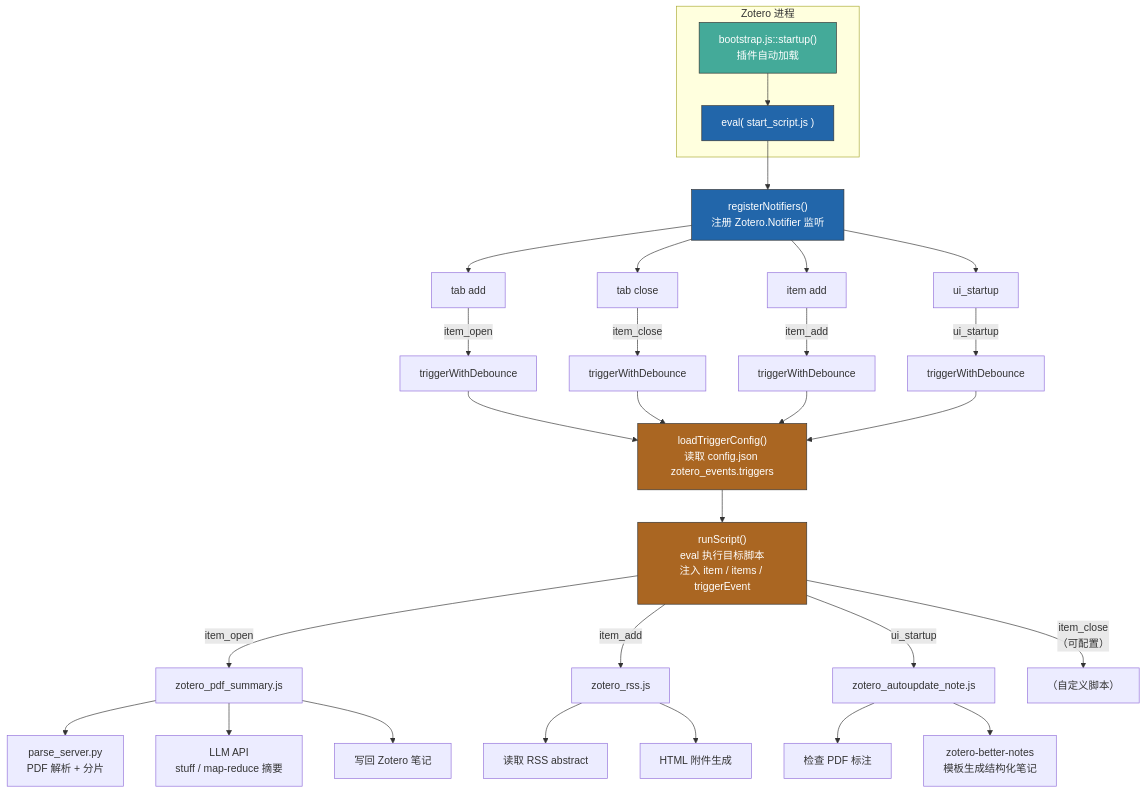
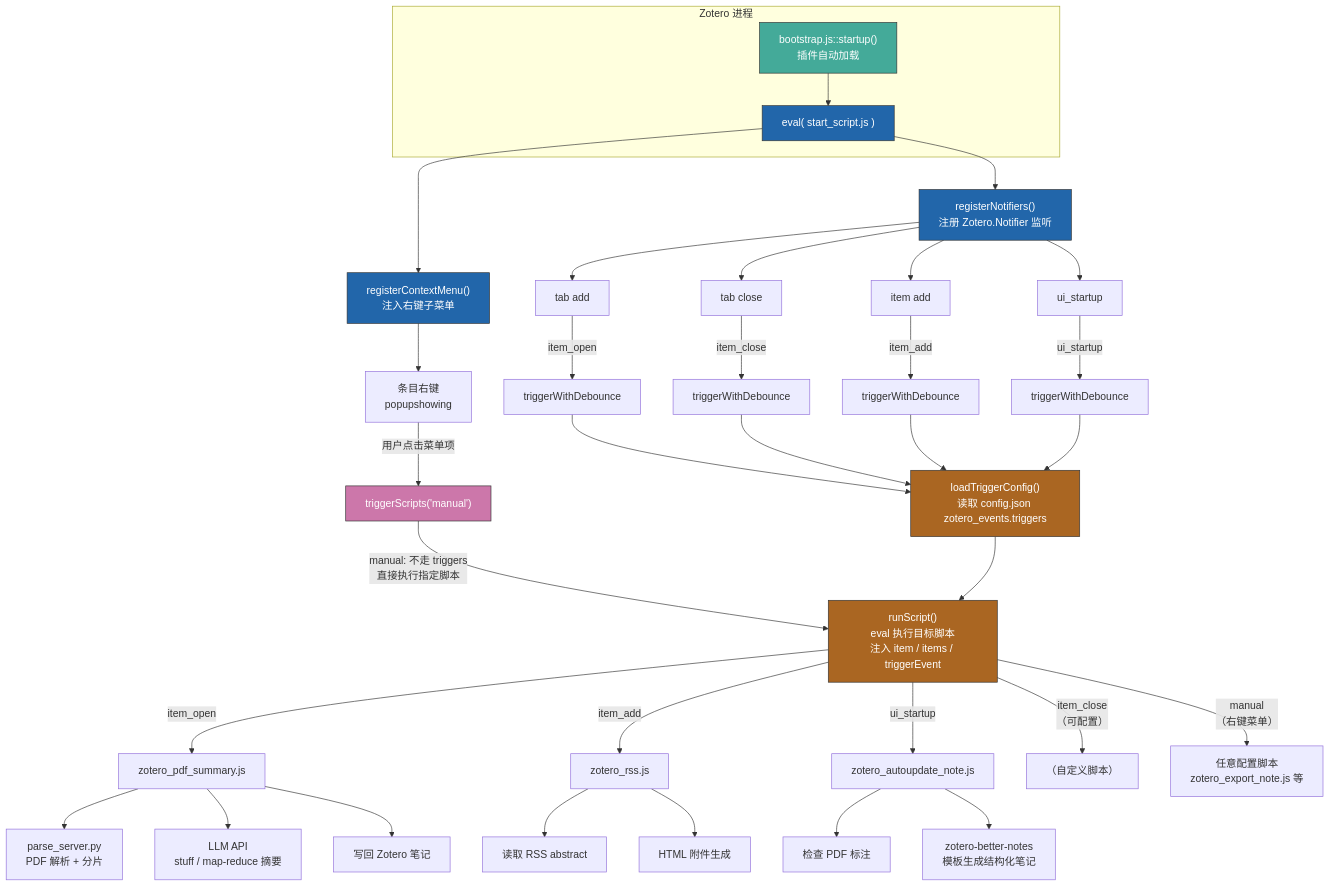
The diagram in docs/event-routing.mmd (hxsnow10/zotero-ai-flow), drawn with Mermaid before and after one commit. The commit also changed 4 other files, not shown here.

```diff
--- a/docs/event-routing.mmd
+++ b/docs/event-routing.mmd
@@ -1,44 +1,53 @@
 flowchart TD
     subgraph Z["Zotero 进程"]
         A["bootstrap.js::startup()<br/>插件自动加载"] --> B["eval( start_script.js )"]
     end
 
     B --> C["registerNotifiers()<br/>注册 Zotero.Notifier 监听"]
+    B --> C2["registerContextMenu()<br/>注入右键子菜单"]
 
     C --> T1["tab add"]
     C --> T2["tab close"]
     C --> T3["item add"]
     C --> T4["ui_startup"]
 
     T1 -->|"item_open"| D1["triggerWithDebounce"]
     T2 -->|"item_close"| D2["triggerWithDebounce"]
     T3 -->|"item_add"| D3["triggerWithDebounce"]
     T4 -->|"ui_startup"| D4["triggerWithDebounce"]
 
+    C2 --> T5["条目右键<br/>popupshowing"]
+    T5 -->|"用户点击菜单项"| D5["triggerScripts('manual')"]
+
     D1 --> E["loadTriggerConfig()<br/>读取 config.json zotero_events.triggers"]
     D2 --> E
     D3 --> E
     D4 --> E
+
+    D5 -->|"manual: 不走 triggers<br/>直接执行指定脚本"| F
 
     E --> F["runScript()<br/>eval 执行目标脚本<br/>注入 item / items / triggerEvent"]
 
     F -->|"item_open"| S1["zotero_pdf_summary.js"]
     F -->|"item_add"| S2["zotero_rss.js"]
     F -->|"ui_startup"| S3["zotero_autoupdate_note.js"]
     F -->|"item_close<br/>（可配置）"| S4["（自定义脚本）"]
+    F -->|"manual<br/>（右键菜单）"| S5["任意配置脚本<br/>zotero_export_note.js 等"]
 
     S1 --> G1["parse_server.py<br/>PDF 解析 + 分片"]
     S1 --> G2["LLM API<br/>stuff / map-reduce 摘要"]
     S1 --> G3["写回 Zotero 笔记"]
 
     S2 --> H1["读取 RSS abstract"]
     S2 --> H2["HTML 附件生成"]
 
     S3 --> I1["检查 PDF 标注"]
     S3 --> I2["zotero-better-notes<br/>模板生成结构化笔记"]
 
     style A fill:#4a9,stroke:#333,color:#fff
     style B fill:#26a,stroke:#333,color:#fff
     style C fill:#26a,stroke:#333,color:#fff
+    style C2 fill:#26a,stroke:#333,color:#fff
     style E fill:#a62,stroke:#333,color:#fff
     style F fill:#a62,stroke:#333,color:#fff
+    style D5 fill:#c7a,stroke:#333,color:#fff
```
